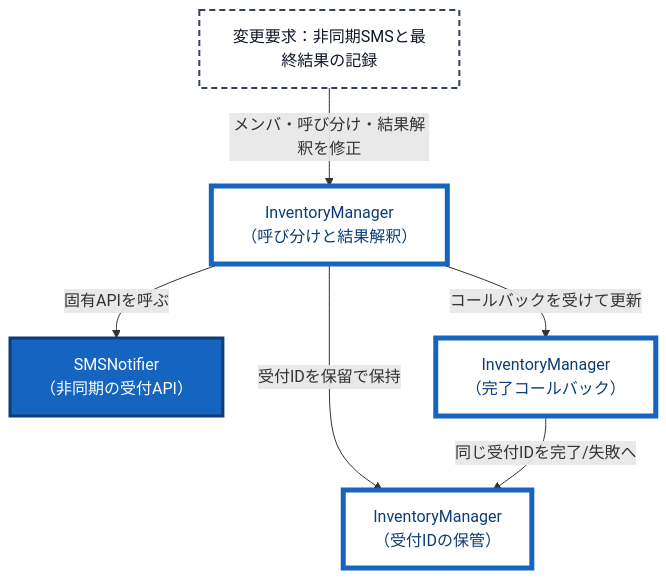
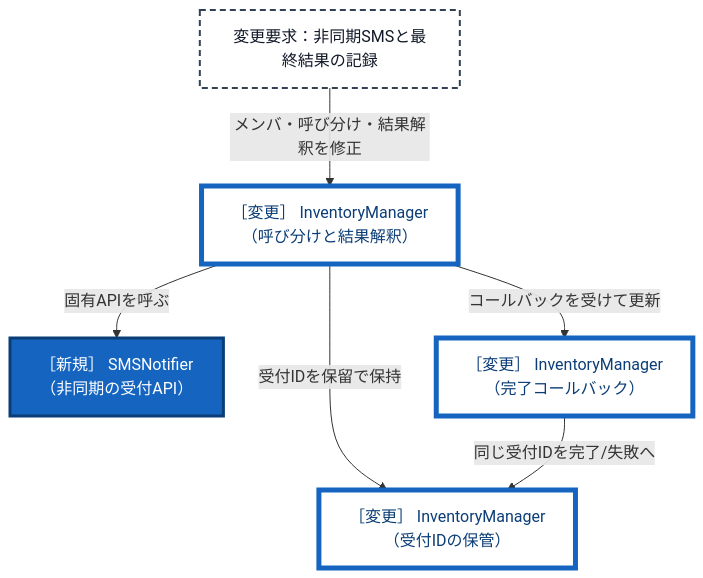
The sixth of 15 diagrams in kindle/design-patterns/books/volume01-core-patterns/output/05-chapter03.md (kumachan1101-pixel/DesignPattern), drawn with Mermaid before and after one commit. The commit also changed other lines of this file and 40 other files, not shown here.

````diff
--- a/kindle/design-patterns/books/volume01-core-patterns/output/05-chapter03.md
+++ b/kindle/design-patterns/books/volume01-core-patterns/output/05-chapter03.md
@@ -1380,14 +1365,14 @@
 ```mermaid
 graph TD
     T1["変更要求：非同期SMSと最終結果の記録"]:::req
-        -->|"メンバ・呼び分け・結果解釈を修正"| A["InventoryManager<br>（呼び分けと結果解釈）"]:::touched
-    A -->|"固有APIを呼ぶ"| B["SMSNotifier<br>（非同期の受付API）"]:::added
-    A -->|"受付IDを保留で保持"| C["InventoryManager<br>（受付IDの保管）"]:::touched
-    A -->|"コールバックを受けて更新"| D["InventoryManager<br>（完了コールバック）"]:::touched
+        -->|"メンバ・呼び分け・結果解釈を修正"| A["［変更］ InventoryManager<br>（呼び分けと結果解釈）"]:::touched
+    A -->|"固有APIを呼ぶ"| B["［新規］ SMSNotifier<br>（非同期の受付API）"]:::added
+    A -->|"受付IDを保留で保持"| C["［変更］ InventoryManager<br>（受付IDの保管）"]:::touched
+    A -->|"コールバックを受けて更新"| D["［変更］ InventoryManager<br>（完了コールバック）"]:::touched
     D -->|"同じ受付IDを完了/失敗へ"| C
 
     classDef req fill:#ffffff,stroke:#334155,stroke-width:2px,stroke-dasharray:6 4,color:#111827;
     classDef keep fill:#f1f5f9,stroke:#94a3b8,color:#334155;
     classDef added fill:#1565c0,stroke:#0b3d76,stroke-width:3px,color:#ffffff;
     classDef touched fill:#ffffff,stroke:#1565c0,stroke-width:5px,color:#0b3d76;
 ```
````
